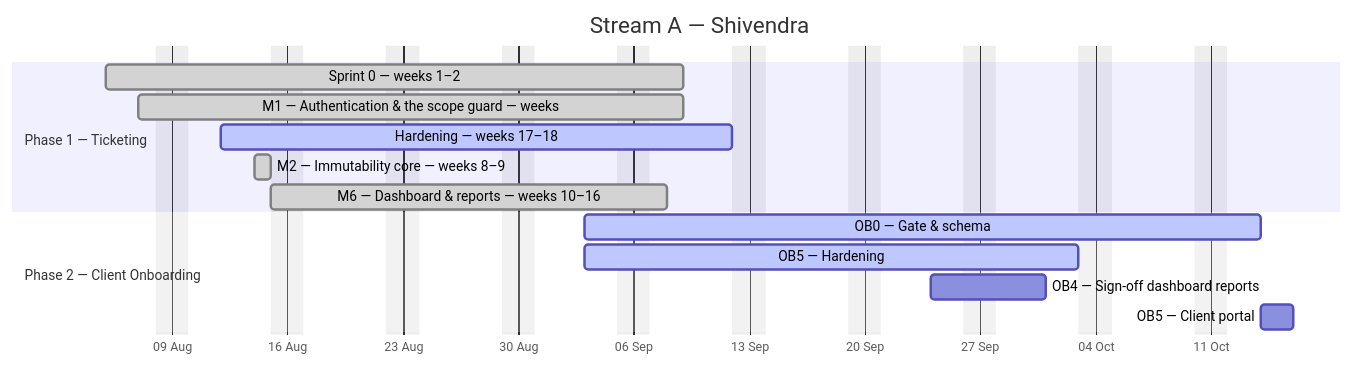
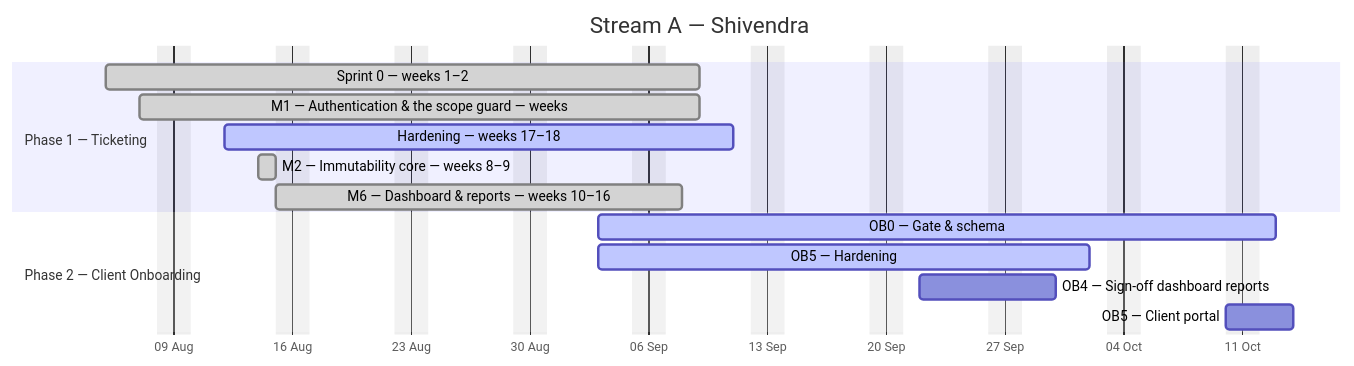
Before and after one commit to debashisedunext/EduTrack: the first of 4 diagrams in docs/plan/GANTT.md, drawn with Mermaid. The commit also changed other lines of this file and 2 other files, not shown here.

````diff
--- a/docs/plan/GANTT.md
+++ b/docs/plan/GANTT.md
@@ -133,18 +133,18 @@
 ```mermaid
 gantt
     dateFormat YYYY-MM-DD
     axisFormat %d %b
     title Stream A — Shivendra
     excludes weekends
     section Phase 1 — Ticketing
     Sprint 0 — weeks 1–2 :done, a0, 2026-08-05, 25d
     M1 — Authentication & the scope guard — weeks :done, a1, 2026-08-07, 23d
-    Hardening — weeks 17–18 :active, a2, 2026-08-12, 23d
+    Hardening — weeks 17–18 :active, a2, 2026-08-12, 22d
     M2 — Immutability core — weeks 8–9 :done, a3, 2026-08-14, 1d
     M6 — Dashboard & reports — weeks 10–16 :done, a4, 2026-08-15, 17d
     section Phase 2 — Client Onboarding
-    OB0 — Gate & schema :active, a5, 2026-09-03, 29d
-    OB5 — Hardening :active, a6, 2026-09-03, 22d
-    OB4 — Sign-off  dashboard  reports :a7, 2026-09-24, 5d
-    OB5 — Client portal :a8, 2026-10-14, 2d
+    OB0 — Gate & schema :active, a5, 2026-09-03, 28d
+    OB5 — Hardening :active, a6, 2026-09-03, 21d
+    OB4 — Sign-off  dashboard  reports :a7, 2026-09-22, 6d
+    OB5 — Client portal :a8, 2026-10-10, 3d
 ```
````
